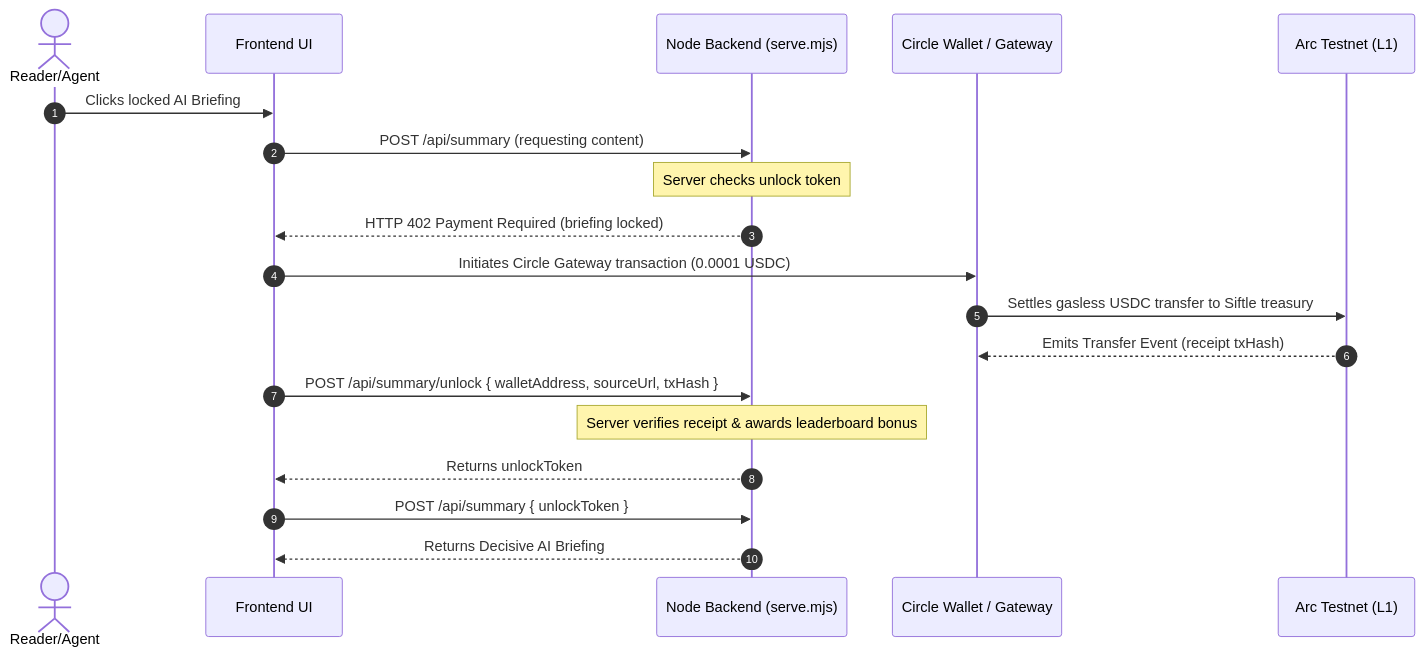
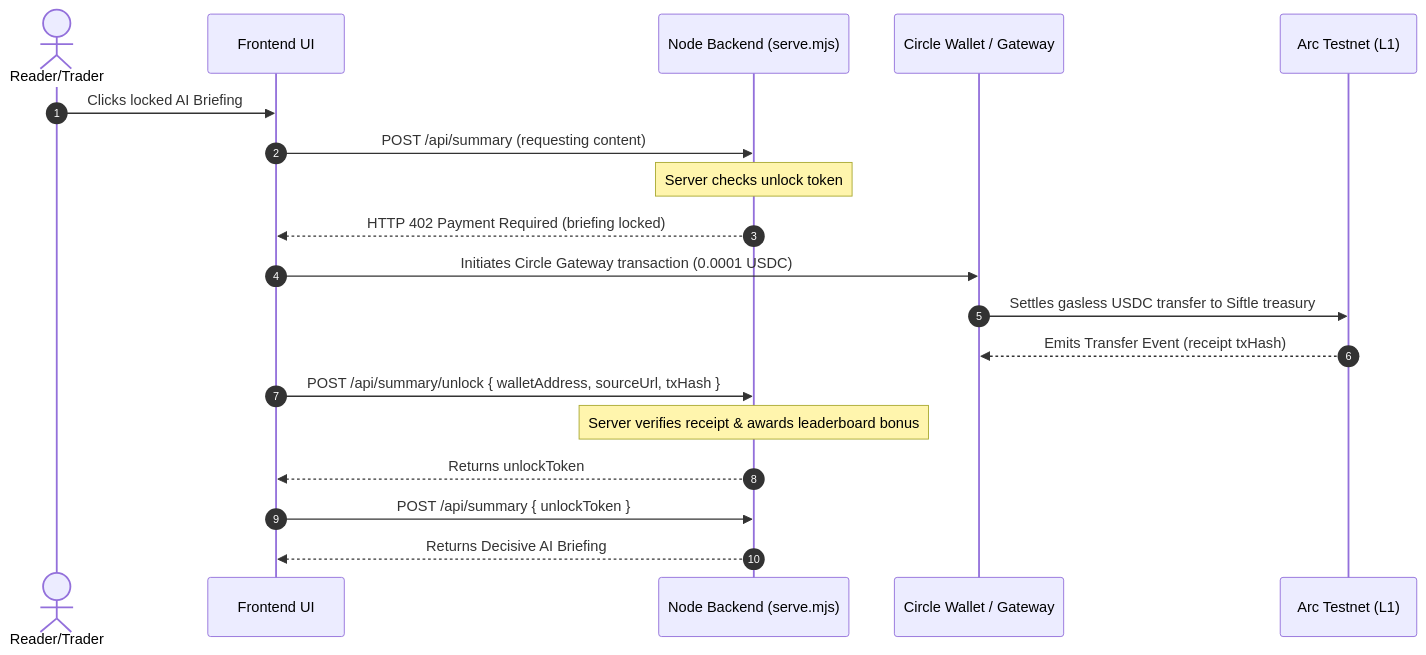
Before and after one commit to Kosaiyno/Siftle: the diagram in README.md, drawn with Mermaid. The commit also changed other lines of this file and 1 other file, not shown here.

````diff
--- a/README.md
+++ b/README.md
@@ -24,22 +56,22 @@
 ```mermaid
 sequenceDiagram
     autonumber
-    actor User as Reader/Agent
+    actor User as Reader/Trader
     participant Client as Frontend UI
     participant Server as Node Backend (serve.mjs)
     participant Circle as Circle Wallet / Gateway
     participant Arc as Arc Testnet (L1)
 
     User->>Client: Clicks locked AI Briefing
     Client->>Server: POST /api/summary (requesting content)
     note over Server: Server checks unlock token
     Server-->>Client: HTTP 402 Payment Required (briefing locked)
     Client->>Circle: Initiates Circle Gateway transaction (0.0001 USDC)
     Circle->>Arc: Settles gasless USDC transfer to Siftle treasury
     Arc-->>Circle: Emits Transfer Event (receipt txHash)
     Client->>Server: POST /api/summary/unlock { walletAddress, sourceUrl, txHash }
     note over Server: Server verifies receipt & awards leaderboard bonus
     Server-->>Client: Returns unlockToken
     Client->>Server: POST /api/summary { unlockToken }
     Server-->>Client: Returns Decisive AI Briefing
 ```
````
